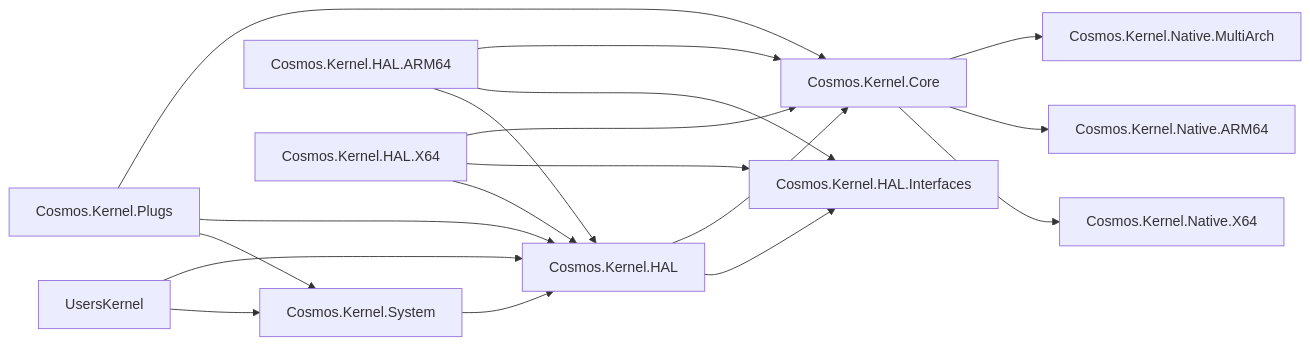
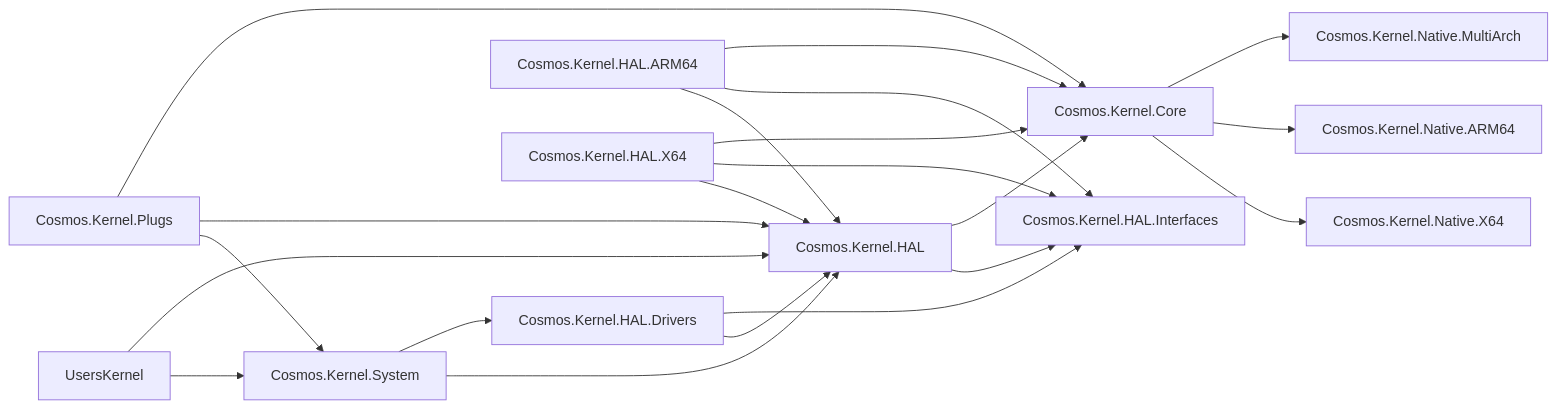
One commit to CosmosOS/Cosmos changed the diagram in docs/articles/dev/kernel-project-layout.md. Above: the diagram before and after it, drawn with Mermaid. The commit also changed other lines of this file and 9 other files, not shown here.

````diff
--- a/docs/articles/dev/kernel-project-layout.md
+++ b/docs/articles/dev/kernel-project-layout.md
@@ -7,20 +7,23 @@
 ```mermaid
 flowchart LR;
 	UsersKernel-->Cosmos.Kernel.System;
 	UsersKernel-->Cosmos.Kernel.HAL;
     Cosmos.Kernel.System-->Cosmos.Kernel.HAL;
+    Cosmos.Kernel.System-->Cosmos.Kernel.HAL.Drivers;
+    Cosmos.Kernel.HAL.Drivers-->Cosmos.Kernel.HAL;
+    Cosmos.Kernel.HAL.Drivers-->Cosmos.Kernel.HAL.Interfaces;
 	Cosmos.Kernel.Plugs-->Cosmos.Kernel.System;
     Cosmos.Kernel.Plugs-->Cosmos.Kernel.HAL;
     Cosmos.Kernel.Plugs-->Cosmos.Kernel.Core;
     Cosmos.Kernel.HAL-->Cosmos.Kernel.HAL.Interfaces;
     Cosmos.Kernel.HAL.ARM64-->Cosmos.Kernel.HAL;
     Cosmos.Kernel.HAL.X64-->Cosmos.Kernel.HAL;
 	Cosmos.Kernel.HAL.ARM64-->Cosmos.Kernel.HAL.Interfaces;
 	Cosmos.Kernel.HAL.X64-->Cosmos.Kernel.HAL.Interfaces;
 	Cosmos.Kernel.HAL.ARM64-->Cosmos.Kernel.Core;
 	Cosmos.Kernel.HAL.X64-->Cosmos.Kernel.Core;
 	Cosmos.Kernel.HAL-->Cosmos.Kernel.Core;
     Cosmos.Kernel.Core-->Cosmos.Kernel.Native.X64;
     Cosmos.Kernel.Core-->Cosmos.Kernel.Native.ARM64;
     Cosmos.Kernel.Core-->Cosmos.Kernel.Native.MultiArch;
 ```
````
